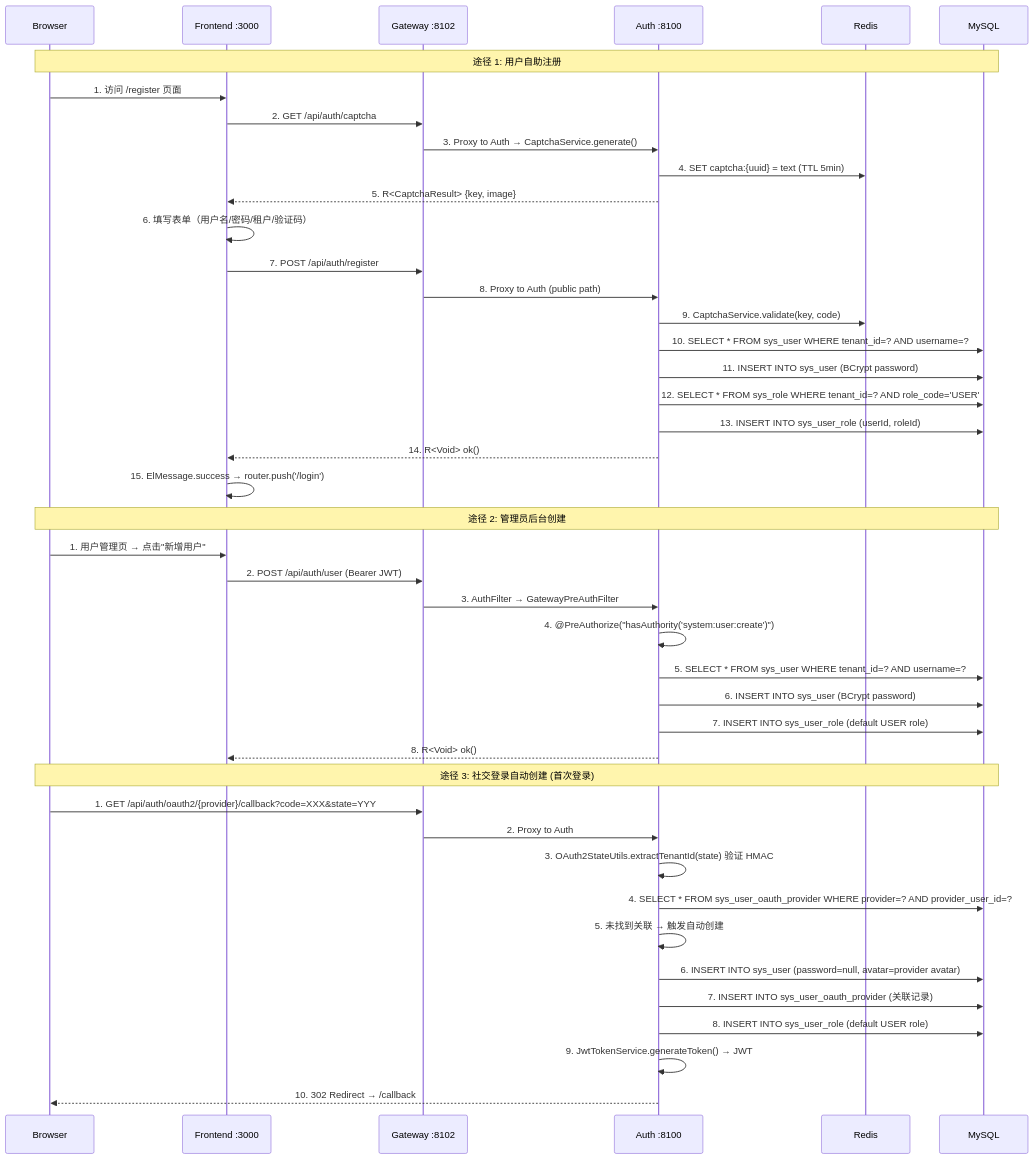
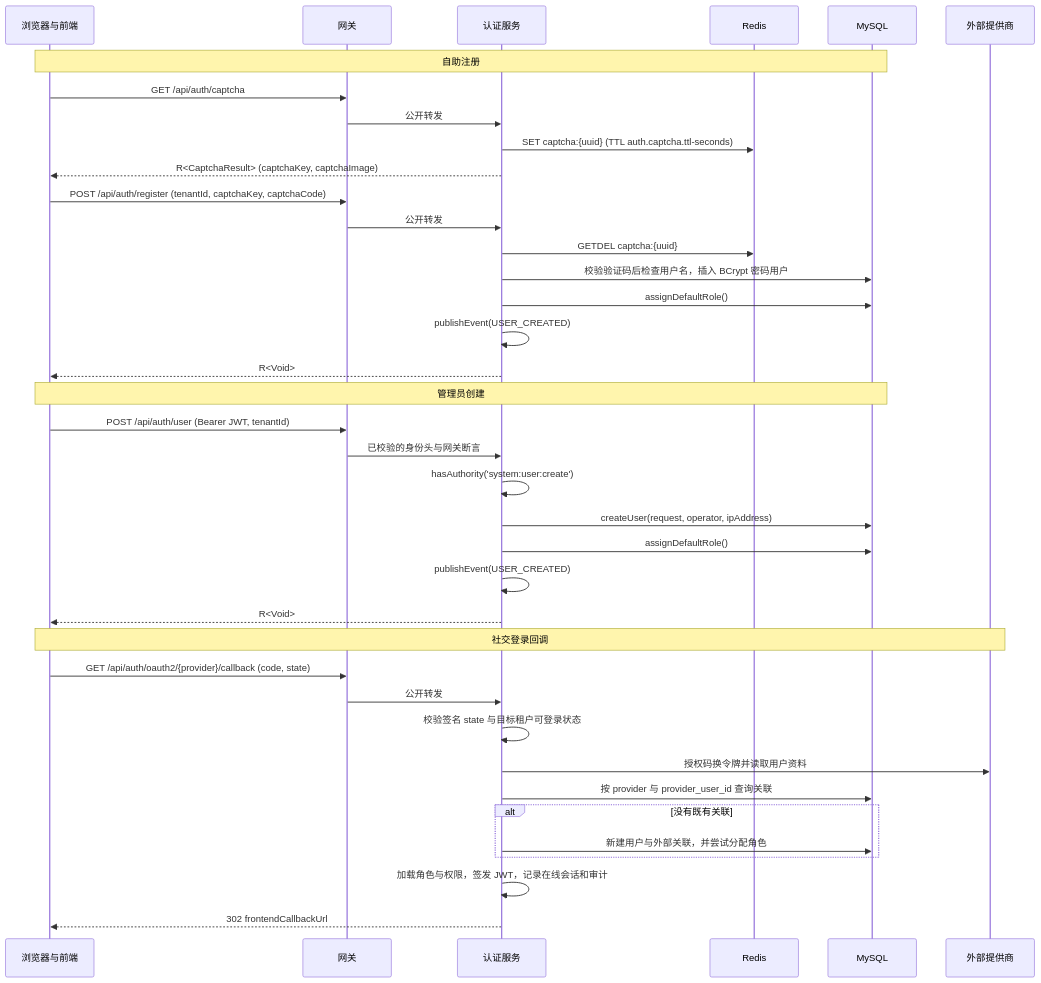
Before and after one commit to wang-baohai/Omni-Stack: the seventh of 21 diagrams in docs/core-flows.md, drawn with Mermaid. The commit also changed other lines of this file and 1095 other files, not shown here.

````diff
--- a/docs/core-flows.md
+++ b/docs/core-flows.md
@@ -825,48 +683,40 @@
 ```mermaid
 sequenceDiagram
-    participant B as Browser
-    participant F as Frontend :3000
-    participant G as Gateway :8102
-    participant A as Auth :8100
+    participant C as 浏览器与前端
+    participant G as 网关
+    participant A as 认证服务
     participant R as Redis
-    participant M as MySQL
-
-    Note over B,M: 途径 1: 用户自助注册
-    B->>F: 1. 访问 /register 页面
-    F->>G: 2. GET /api/auth/captcha
-    G->>A: 3. Proxy to Auth → CaptchaService.generate()
-    A->>R: 4. SET captcha:{uuid} = text (TTL 5min)
-    A-->>F: 5. R<CaptchaResult> {key, image}
-    F->>F: 6. 填写表单（用户名/密码/租户/验证码）
-    F->>G: 7. POST /api/auth/register
-    G->>A: 8. Proxy to Auth (public path)
-    A->>R: 9. CaptchaService.validate(key, code)
-    A->>M: 10. SELECT * FROM sys_user WHERE tenant_id=? AND username=?
-    A->>M: 11. INSERT INTO sys_user (BCrypt password)
-    A->>M: 12. SELECT * FROM sys_role WHERE tenant_id=? AND role_code='USER'
-    A->>M: 13. INSERT INTO sys_user_role (userId, roleId)
-    A-->>F: 14. R<Void> ok()
-    F->>F: 15. ElMessage.success → router.push('/login')
-
-    Note over B,M: 途径 2: 管理员后台创建
-    B->>F: 1. 用户管理页 → 点击"新增用户"
-    F->>G: 2. POST /api/auth/user (Bearer JWT)
-    G->>A: 3. AuthFilter → GatewayPreAuthFilter
-    A->>A: 4. @PreAuthorize("hasAuthority('system:user:create')")
-    A->>M: 5. SELECT * FROM sys_user WHERE tenant_id=? AND username=?
-    A->>M: 6. INSERT INTO sys_user (BCrypt password)
-    A->>M: 7. INSERT INTO sys_user_role (default USER role)
-    A-->>F: 8. R<Void> ok()
-
-    Note over B,M: 途径 3: 社交登录自动创建 (首次登录)
-    B->>G: 1. GET /api/auth/oauth2/{provider}/callback?code=XXX&state=YYY
-    G->>A: 2. Proxy to Auth
-    A->>A: 3. OAuth2StateUtils.extractTenantId(state) 验证 HMAC
-    A->>M: 4. SELECT * FROM sys_user_oauth_provider WHERE provider=? AND provider_user_id=?
-    A->>A: 5. 未找到关联 → 触发自动创建
-    A->>M: 6. INSERT INTO sys_user (password=null, avatar=provider avatar)
-    A->>M: 7. INSERT INTO sys_user_oauth_provider (关联记录)
-    A->>M: 8. INSERT INTO sys_user_role (default USER role)
-    A->>A: 9. JwtTokenService.generateToken() → JWT
-    A-->>B: 10. 302 Redirect → /callback#token=JWT
+    participant D as MySQL
+    participant P as 外部提供商
+    Note over C,D: 自助注册
+    C->>G: GET /api/auth/captcha
+    G->>A: 公开转发
+    A->>R: SET captcha:{uuid} (TTL auth.captcha.ttl-seconds)
+    A-->>C: R<CaptchaResult> (captchaKey, captchaImage)
+    C->>G: POST /api/auth/register (tenantId, captchaKey, captchaCode)
+    G->>A: 公开转发
+    A->>R: GETDEL captcha:{uuid}
+    A->>D: 校验验证码后检查用户名，插入 BCrypt 密码用户
+    A->>D: assignDefaultRole()
+    A->>A: publishEvent(USER_CREATED)
+    A-->>C: R<Void>
+    Note over C,D: 管理员创建
+    C->>G: POST /api/auth/user (Bearer JWT, tenantId)
+    G->>A: 已校验的身份头与网关断言
+    A->>A: hasAuthority('system:user:create')
+    A->>D: createUser(request, operator, ipAddress)
+    A->>D: assignDefaultRole()
+    A->>A: publishEvent(USER_CREATED)
+    A-->>C: R<Void>
+    Note over C,P: 社交登录回调
+    C->>G: GET /api/auth/oauth2/{provider}/callback (code, state)
+    G->>A: 公开转发
+    A->>A: 校验签名 state 与目标租户可登录状态
+    A->>P: 授权码换令牌并读取用户资料
+    A->>D: 按 provider 与 provider_user_id 查询关联
+    alt 没有既有关联
+        A->>D: 新建用户与外部关联，并尝试分配角色
+    end
+    A->>A: 加载角色与权限，签发 JWT，记录在线会话和审计
+    A-->>C: 302 frontendCallbackUrl#token=...&username=...
 ```
````
